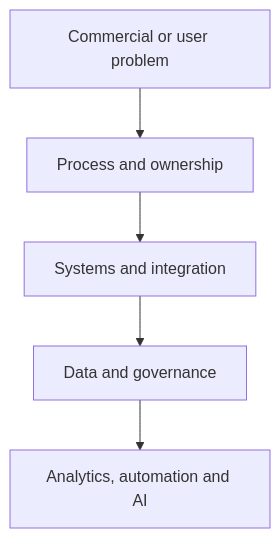
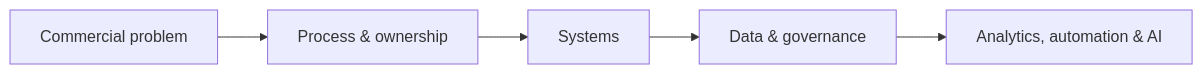
One commit to christopher-swarup-labs/portfolio-index changed the diagram in README.md. Above: the diagram before and after it, drawn with Mermaid. The commit also changed other lines of this file, not shown here.

````diff
--- a/README.md
+++ b/README.md
@@ -61,10 +63,7 @@
 ```mermaid
-flowchart TB
-    A[Commercial or user problem]
-    B[Process and ownership]
-    C[Systems and integration]
-    D[Data and governance]
-    E[Analytics, automation and AI]
-
-    A --> B --> C --> D --> E
+flowchart LR
+    A[Commercial problem] --> B[Process & ownership]
+    B --> C[Systems]
+    C --> D[Data & governance]
+    D --> E[Analytics, automation & AI]
 ```
````
